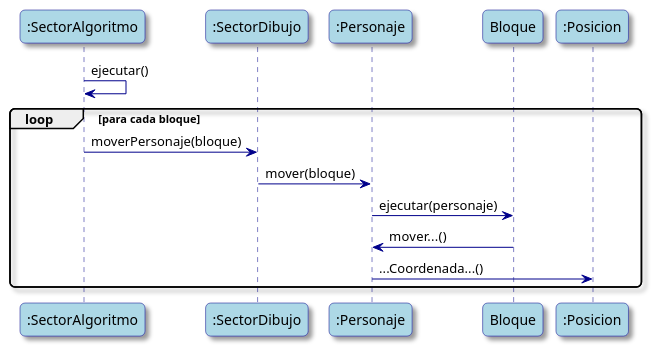
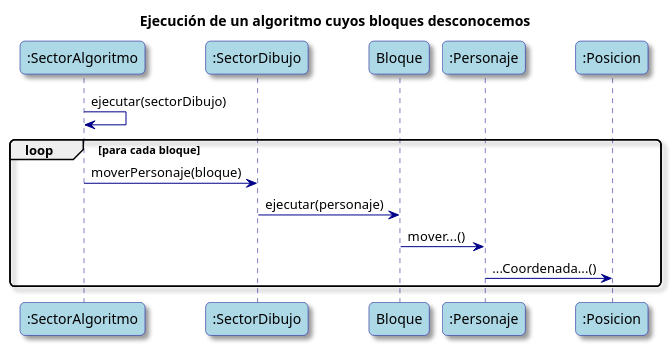
The third of 3 diagrams in diagramas-uml.puml (valva-ro/Algo3-TP2-AlgoBlocks), drawn with PlantUML before and after one commit. The commit also changed other lines of this file, not shown here.

Commit message:
Corregí diagramas-uml.puml

```diff
--- a/diagramas-uml.puml
+++ b/diagramas-uml.puml
@@ -152,36 +169,37 @@
 @startuml
 'Diagrama de secuencia para el caso de ejecución de un algoritmo con un solo bloque de mover a la derecha
 skinparam classAttributeIconSize 0
 skinparam backgroundColor White
 skinparam RoundCorner 10
 skinparam Shadowing true
 skinparam ArrowColor DarkBlue
 skinparam SequenceLifeLineBorderColor DarkBlue
 skinparam SequenceLoopBackgroundColor DarkBlue
 
 skinparam actor {
     BackgroundColor LightBlue
     BorderColor DarkBlue
 }
 
 skinparam participant {
     Bound DarkBlue
     BackgroundColor LightBlue
     BorderColor DarkBlue
 }
 
+title Ejecución de un algoritmo cuyos bloques desconocemos
+
 participant ":SectorAlgoritmo" as SectorAlgoritmo
 participant ":SectorDibujo" as SectorDibujo
+participant "Bloque" as Bloque
 participant ":Personaje" as Personaje
-participant "Bloque" as Bloque
 participant ":Posicion" as Posicion
 
-SectorAlgoritmo -> SectorAlgoritmo : ejecutar()
+SectorAlgoritmo -> SectorAlgoritmo : ejecutar(sectorDibujo)
 loop para cada bloque
     SectorAlgoritmo -> SectorDibujo : moverPersonaje(bloque)
-    SectorDibujo -> Personaje : mover(bloque)
-    Personaje -> Bloque : ejecutar(personaje)
+    SectorDibujo -> Bloque : ejecutar(personaje)
     Bloque -> Personaje : mover...()
     Personaje -> Posicion : ...Coordenada...()
 end
 @enduml
```
